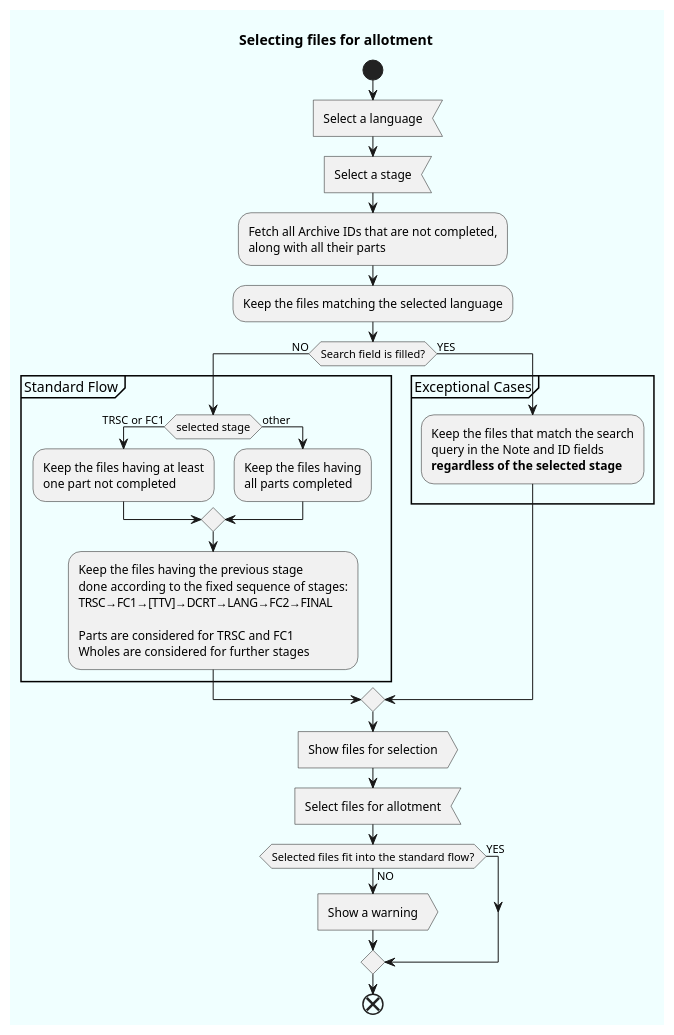
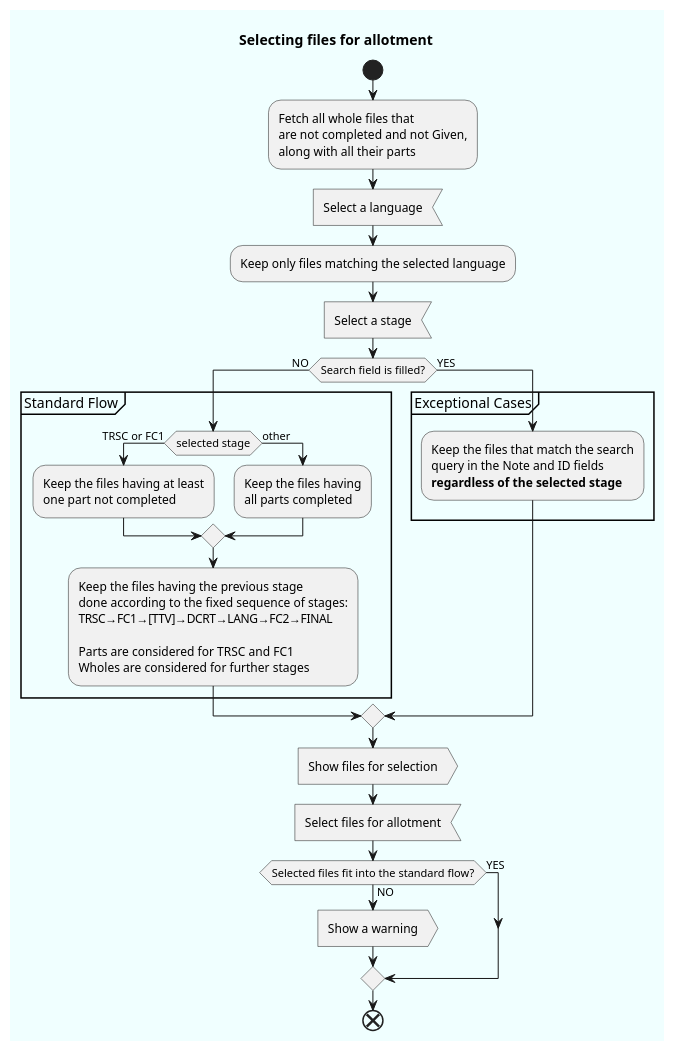
Before and after one commit to PureBhaktiArchive/audioseva: the diagram in TR/docs/files.plantuml, drawn with PlantUML. The commit also changed 2 other files, not shown here.

```diff
--- a/TR/docs/files.plantuml
+++ b/TR/docs/files.plantuml
@@ -1,44 +1,45 @@
 @startuml FilesSelection
 
 title Selecting files for allotment
 skinparam backgroundColor Azure
 
 start
+:Fetch all whole files that
+are not completed and not Given,
+along with all their parts;
 :Select a language<
+:Keep only files matching the selected language;
 :Select a stage<
-:Fetch all Archive IDs that are not completed,
-along with all their parts;
-:Keep the files matching the selected language;
 if (Search field is filled?) then (NO)
   partition "Standard Flow" {
     if (selected stage) then (TRSC or FC1)
       :Keep the files having at least
       one part not completed;
     else (other)
       :Keep the files having
       all parts completed;
     endif
     :Keep the files having the previous stage
     done according to the fixed sequence of stages:
     TRSC→FC1→[TTV]→DCRT→LANG→FC2→FINAL
     
     Parts are considered for TRSC and FC1
     Wholes are considered for further stages;
   }
   
 else (YES)
   partition "Exceptional Cases" {
     :Keep the files that match the search
     query in the Note and ID fields
     **regardless of the selected stage**;
   }
 endif
 :Show files for selection>
 :Select files for allotment<
 if (Selected files fit into the standard flow?) then (NO)
   :Show a warning>
 else (YES)
 endif
 
 end
 @enduml
```
